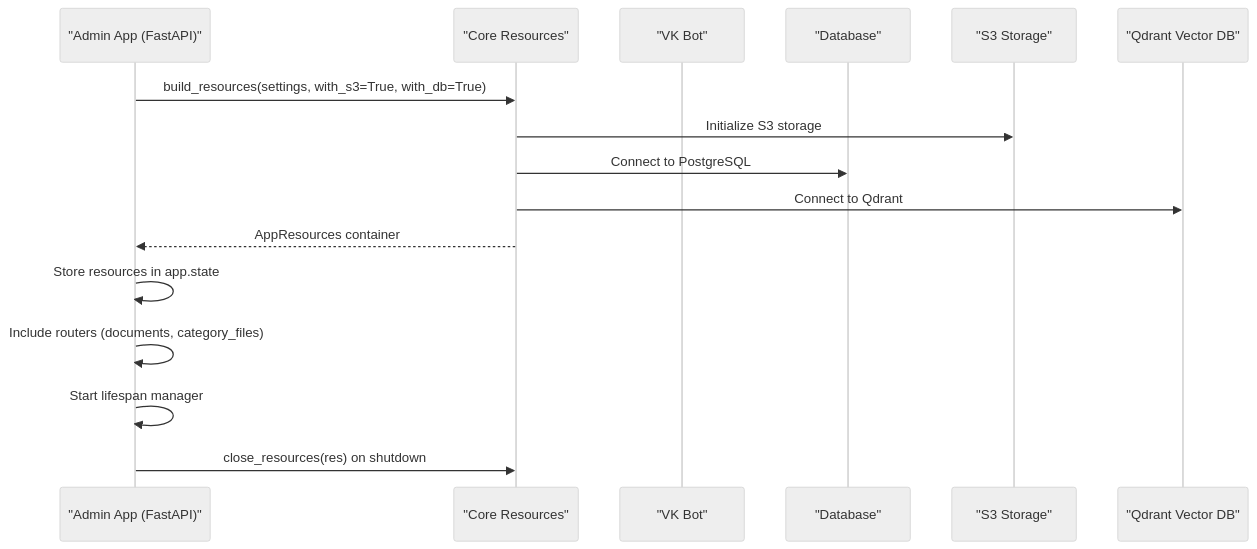
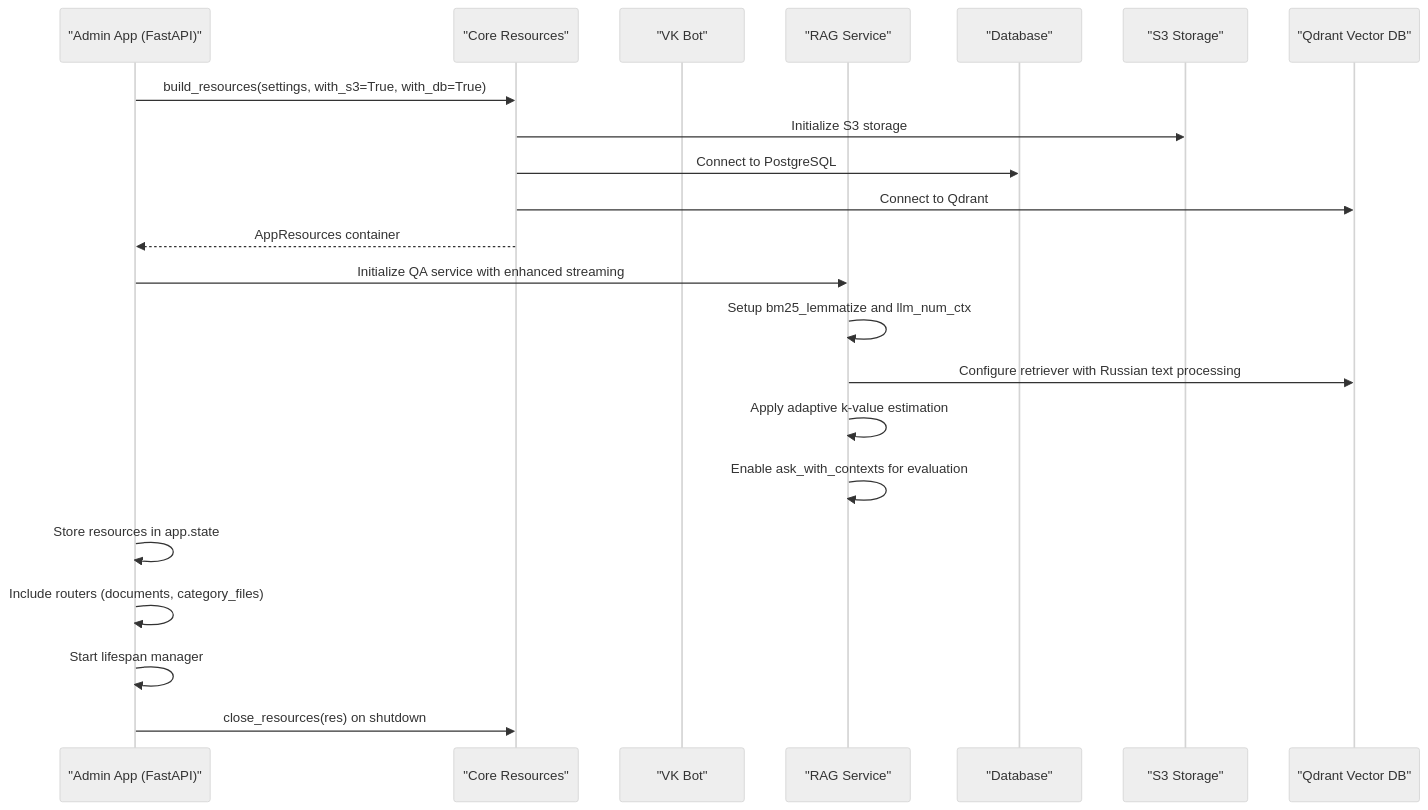
Before and after one commit to ognelis/cafetera_hr_bot: the second of 4 diagrams in .qoder/repowiki/en/content/API Reference/API Reference.md, drawn with Mermaid (neutral theme). The commit also changed other lines of this file and 51 other files, not shown here.

````diff
--- a/.qoder/repowiki/en/content/API Reference/API Reference.md
+++ b/.qoder/repowiki/en/content/API Reference/API Reference.md
@@ -424,18 +644,24 @@
 ```mermaid
 sequenceDiagram
 participant Admin as "Admin App (FastAPI)"
 participant Core as "Core Resources"
 participant VK as "VK Bot"
+participant RAG as "RAG Service"
 participant DB as "Database"
 participant S3 as "S3 Storage"
 participant Qdrant as "Qdrant Vector DB"
 Admin->>Core : build_resources(settings, with_s3=True, with_db=True)
 Core->>S3 : Initialize S3 storage
 Core->>DB : Connect to PostgreSQL
 Core->>Qdrant : Connect to Qdrant
 Core-->>Admin : AppResources container
+Admin->>RAG : Initialize QA service with enhanced streaming
+RAG->>RAG : Setup bm25_lemmatize and llm_num_ctx
+RAG->>Qdrant : Configure retriever with Russian text processing
+RAG->>RAG : Apply adaptive k-value estimation
+RAG->>RAG : Enable ask_with_contexts for evaluation
 Admin->>Admin : Store resources in app.state
 Admin->>Admin : Include routers (documents, category_files)
 Admin->>Admin : Start lifespan manager
 Admin->>Core : close_resources(res) on shutdown
 ```
````
